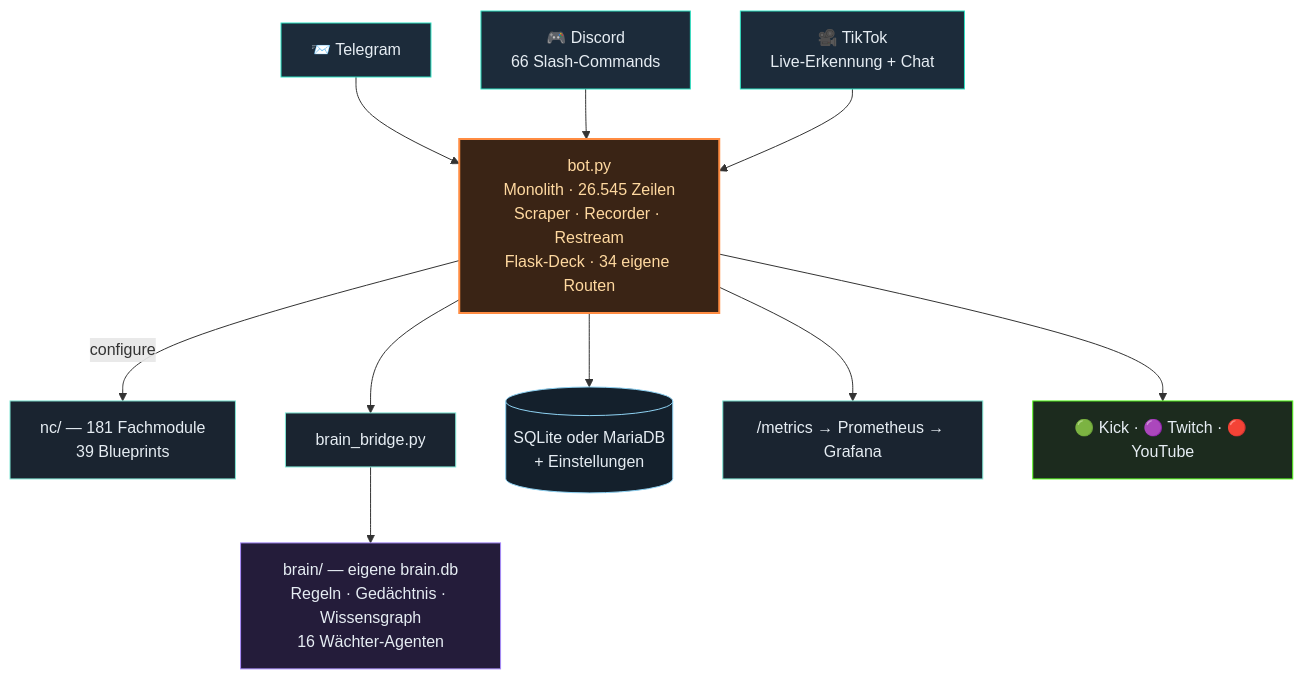
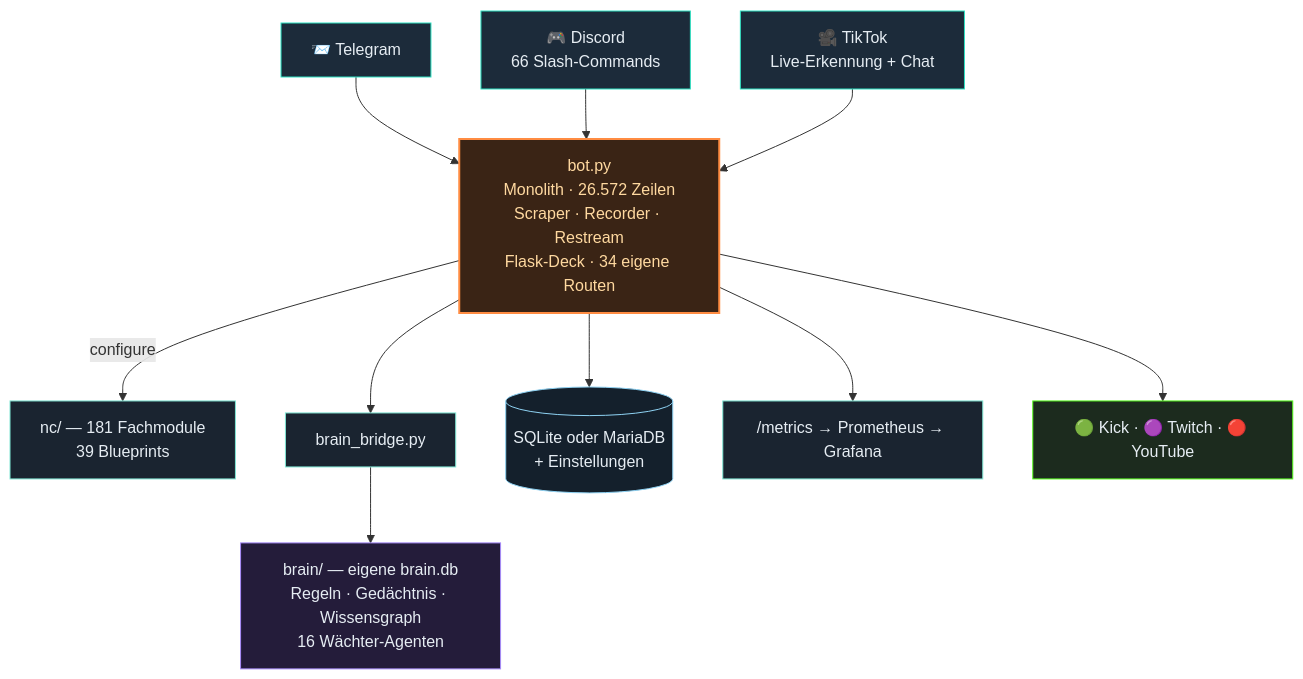
Before and after one commit to itsamemedev/Telegram-Stream-Info-Bot: the second of 3 diagrams in README.md, drawn with Mermaid. The commit also changed other lines of this file and 7 other files, not shown here.

````diff
--- a/README.md
+++ b/README.md
@@ -118,19 +118,19 @@
 ```mermaid
 flowchart TB
     TG["📨 Telegram"]:::ein --> BOT
     DC["🎮 Discord<br/>66 Slash-Commands"]:::ein --> BOT
     TT["🎥 TikTok<br/>Live-Erkennung + Chat"]:::ein --> BOT
-    BOT["bot.py<br/>Monolith · 26.545 Zeilen<br/>Scraper · Recorder · Restream<br/>Flask-Deck · 34 eigene Routen"]:::core
+    BOT["bot.py<br/>Monolith · 26.572 Zeilen<br/>Scraper · Recorder · Restream<br/>Flask-Deck · 34 eigene Routen"]:::core
     BOT -->|configure| NC["nc/ — 181 Fachmodule<br/>39 Blueprints"]:::lib
     BOT --> BR["brain_bridge.py"]:::lib
     BR --> BRAIN["brain/ — eigene brain.db<br/>Regeln · Gedächtnis · Wissensgraph<br/>16 Wächter-Agenten"]:::brain
     BOT --> DB[("SQLite oder MariaDB<br/>+ Einstellungen")]:::db
     BOT --> PROM["/metrics → Prometheus → Grafana"]:::lib
     BOT --> OUT["🟢 Kick · 🟣 Twitch · 🔴 YouTube"]:::out
     classDef ein fill:#1c2b3a,stroke:#2de1c2,color:#e6edf3
     classDef core fill:#3a2415,stroke:#ff8c42,stroke-width:2px,color:#ffd9a0
     classDef lib fill:#1a2430,stroke:#7fe7d4,color:#e6edf3
     classDef brain fill:#241c3a,stroke:#a78bfa,color:#e6edf3
     classDef db fill:#14202c,stroke:#8fd3f4,color:#e6edf3
     classDef out fill:#1c2b1e,stroke:#53fc18,color:#e6edf3
 ```
````
